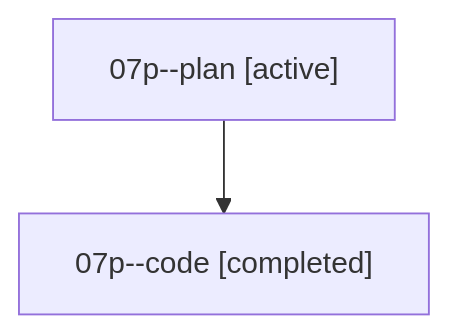
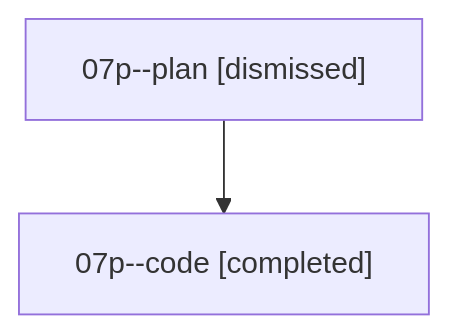
One commit to bobs-org/bob-cli--agents changed the diagram in sessions/bbugyi200.athena.07p.md. Above: the diagram before and after it, drawn with Mermaid. The commit also changed other lines of this file and 10 other files, not shown here.

````diff
--- a/sessions/bbugyi200.athena.07p.md
+++ b/sessions/bbugyi200.athena.07p.md
@@ -9,6 +9,6 @@
 ```mermaid
 flowchart TD
-  n0["07p--plan [active]"]
+  n0["07p--plan [dismissed]"]
   n1["07p--code [completed]"]
   n0 --> n1
 ```
````
